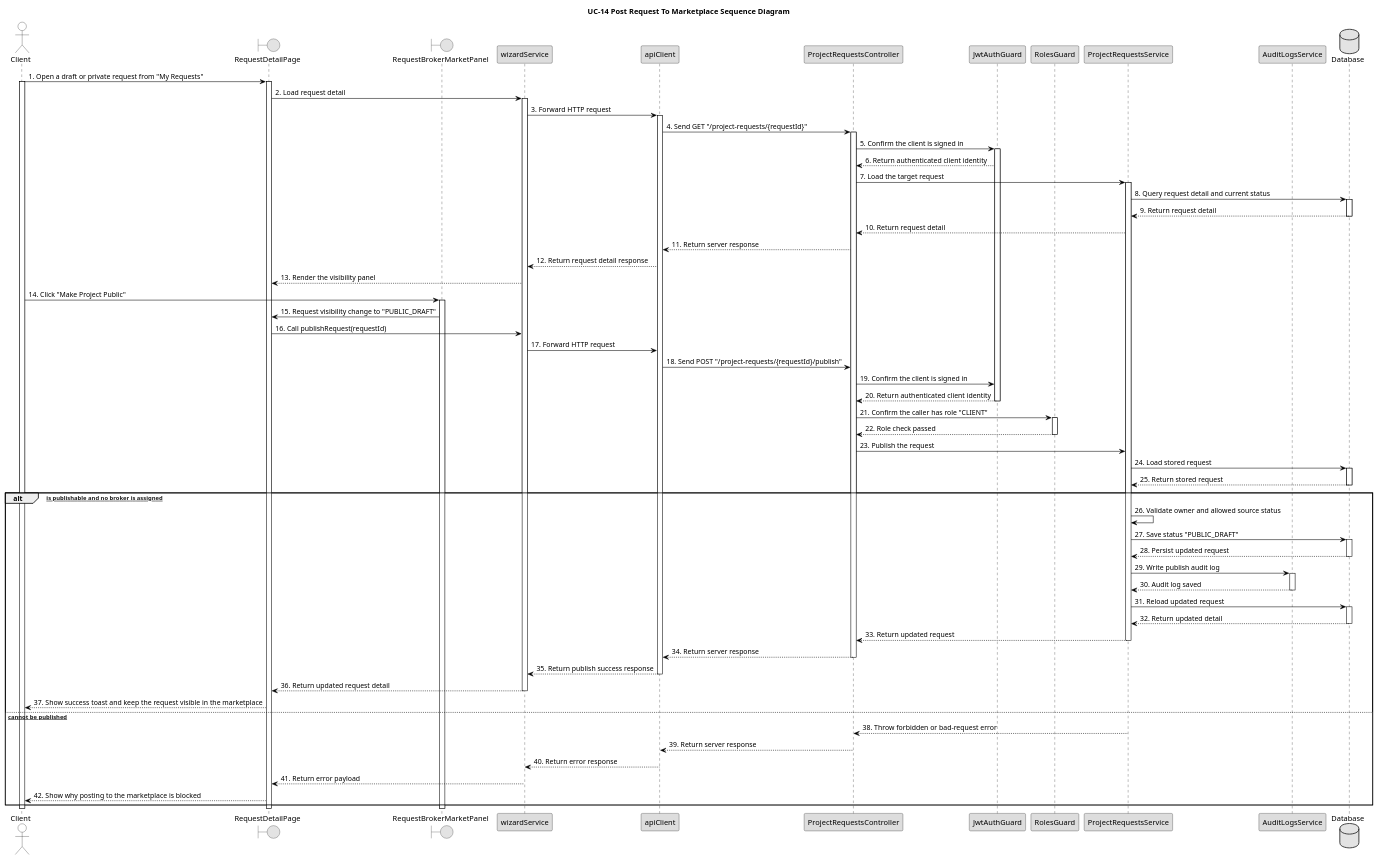
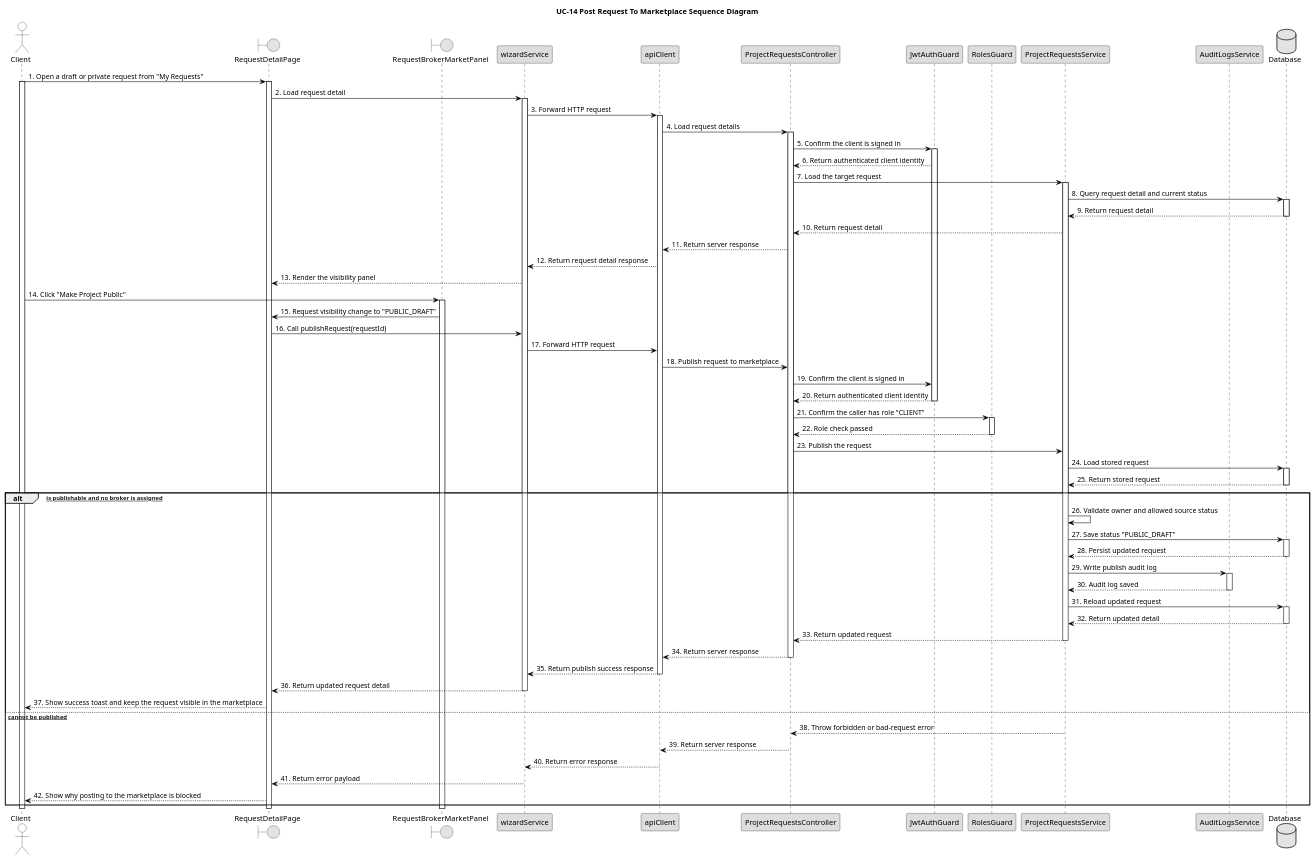
Before and after one commit to bangdcce/SEP492-Project: the diagram in diagram/sequence/uc14_post_request_to_marketplace_sequence_diagram.puml, drawn with PlantUML. The commit also changed 130 other files, not shown here.

```diff
--- a/diagram/sequence/uc14_post_request_to_marketplace_sequence_diagram.puml
+++ b/diagram/sequence/uc14_post_request_to_marketplace_sequence_diagram.puml
@@ -150,7 +150,7 @@
 
 
 
-ApiClient -> Controller : 4. Send GET "/project-requests/{requestId}"
+ApiClient -> Controller : 4. Load request details
 
 
 
@@ -230,7 +230,7 @@
 
 
 
-ApiClient -> Controller : 18. Send POST "/project-requests/{requestId}/publish"
+ApiClient -> Controller : 18. Publish request to marketplace
 
 
 
```
